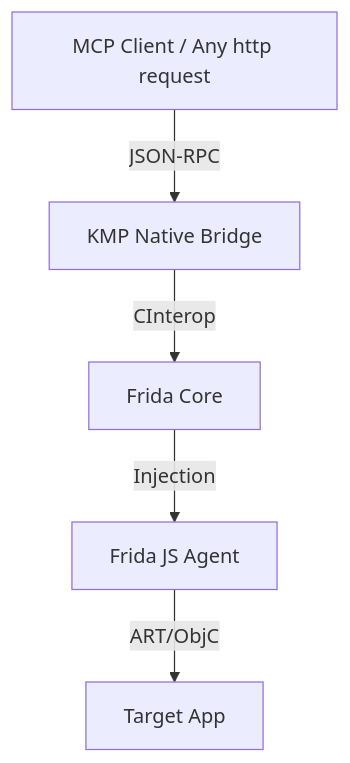
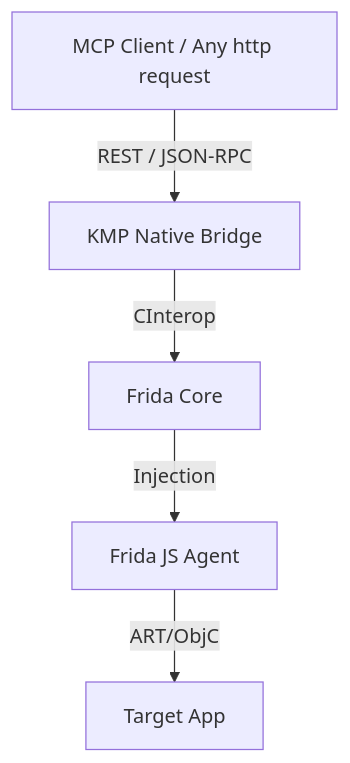
Before and after one commit to victorlpgazolli/barbatos: the diagram in README.md, drawn with Mermaid. The commit also changed other lines of this file and 12 other files, not shown here.

Commit message:
feat: replace JSON-RPC HTTP envelope with REST endpoints under /v0/api (#42)

````diff
--- a/README.md
+++ b/README.md
@@ -52,7 +52,7 @@
 ```mermaid
 graph TD
-    A[MCP Client / Any http request] -->|JSON-RPC| B[KMP Native Bridge]
+    A[MCP Client / Any http request] -->|REST / JSON-RPC| B[KMP Native Bridge]
     B -->|CInterop| D[Frida Core]
     D -->|Injection| E[Frida JS Agent]
     E -->|ART/ObjC| F[Target App]
 ```
````
